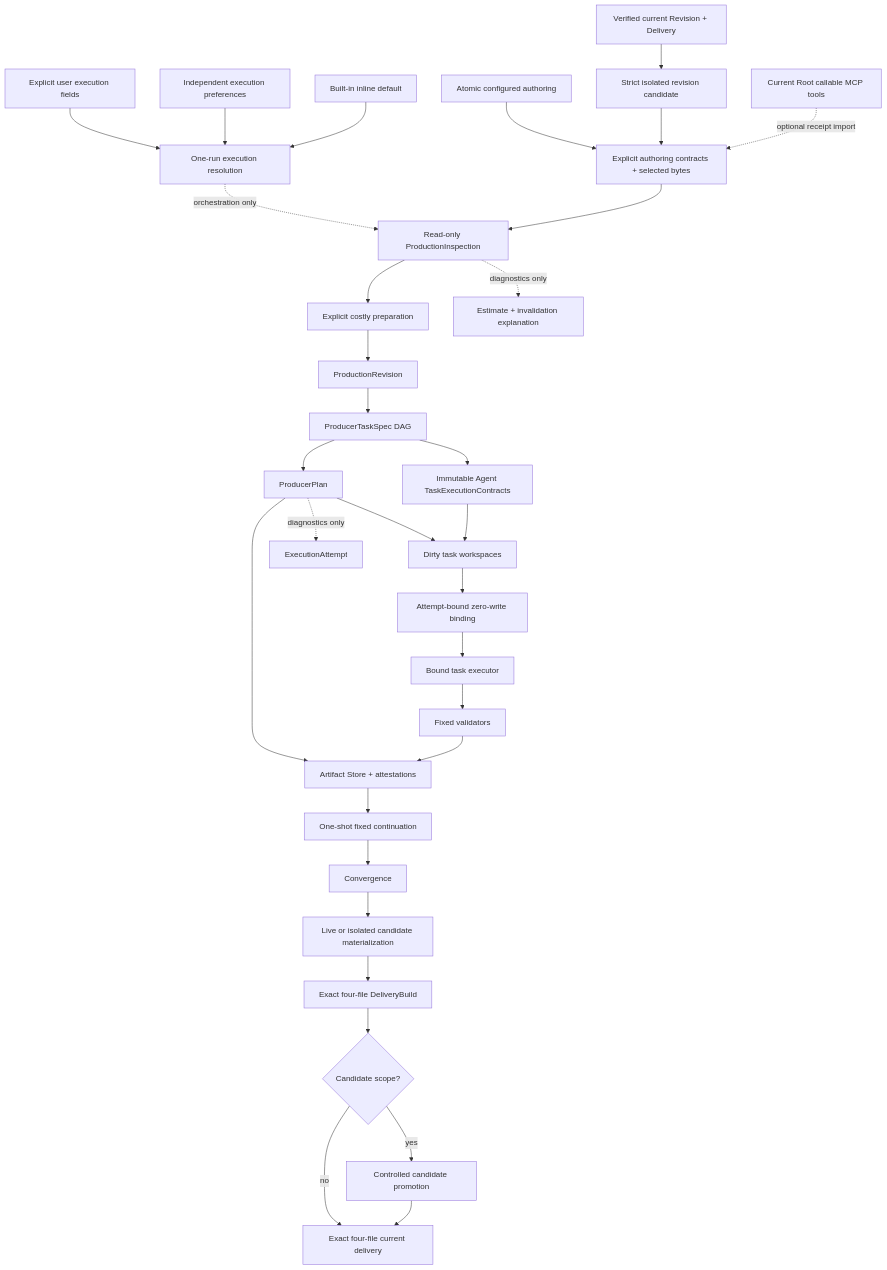
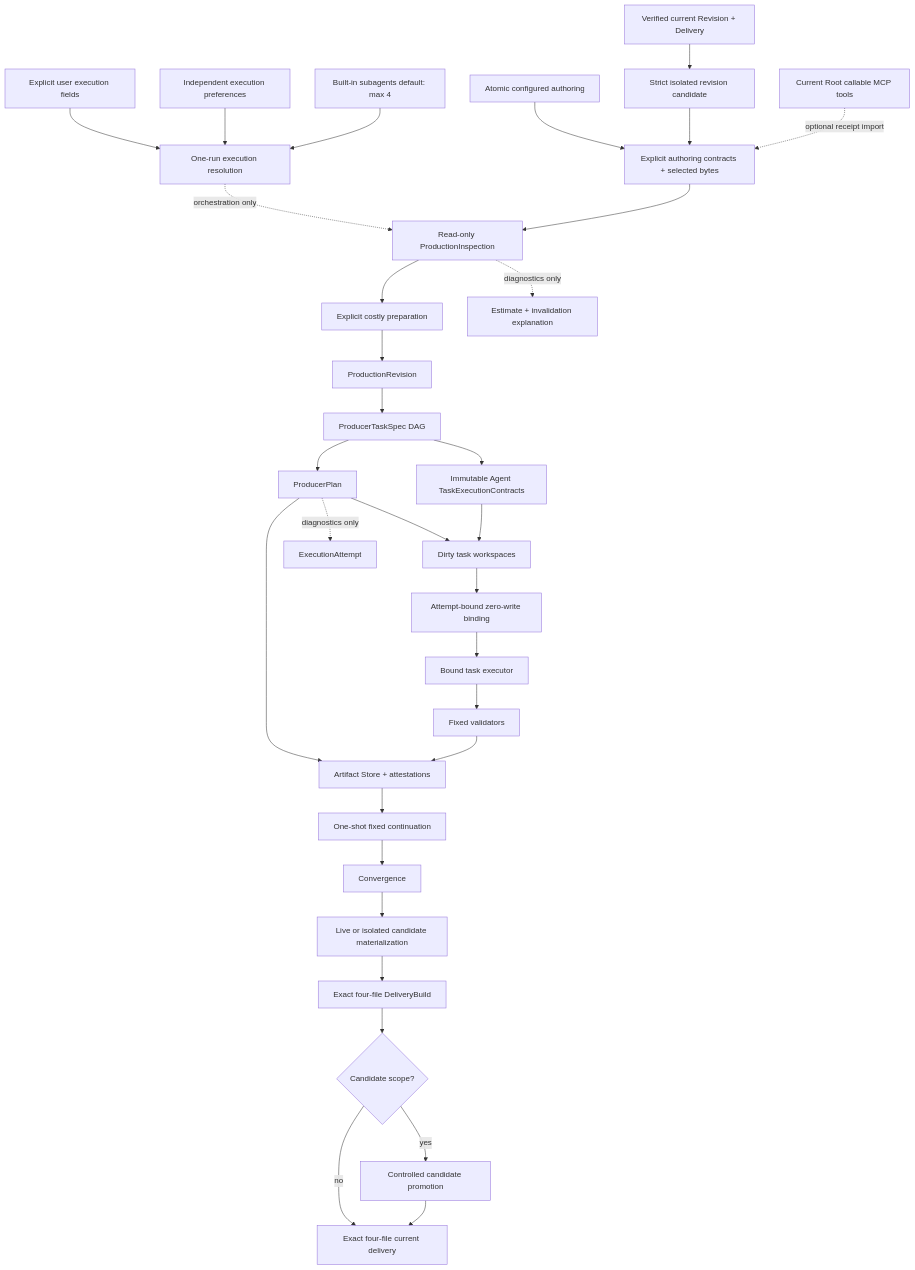
Before and after one commit to AXMORF/axmorf-studio: the diagram in docs/ARCHITECTURE.md, drawn with Mermaid. The commit also changed other lines of this file and 40 other files, not shown here.

Commit message:
fix: default video production to bounded native subagents

````diff
--- a/docs/ARCHITECTURE.md
+++ b/docs/ARCHITECTURE.md
@@ -52,34 +52,34 @@
 ```mermaid
 flowchart TD
   Create[Atomic configured authoring] --> Inputs[Explicit authoring contracts + selected bytes]
   Current[Verified current Revision + Delivery] --> Candidate[Strict isolated revision candidate]
   Candidate --> Inputs
   AgentTools[Current Root callable MCP tools] -. optional receipt import .-> Inputs
   Prompt[Explicit user execution fields] --> Execution[One-run execution resolution]
   Settings[Independent execution preferences] --> Execution
-  Builtin[Built-in inline default] --> Execution
+  Builtin[Built-in subagents default: max 4] --> Execution
   Execution -. orchestration only .-> Inspection
   Inputs --> Inspection[Read-only ProductionInspection]
   Inspection --> Prepare[Explicit costly preparation]
   Prepare --> Revision[ProductionRevision]
   Revision --> Tasks[ProducerTaskSpec DAG]
   Tasks --> Contracts[Immutable Agent TaskExecutionContracts]
   Tasks --> Plan[ProducerPlan]
   Plan --> Work[Dirty task workspaces]
   Contracts --> Work
   Plan --> Artifacts[Reused artifacts]
   Work --> Bind[Attempt-bound zero-write binding]
   Bind --> Executor[Bound task executor]
   Executor --> Validator[Fixed validators]
   Validator --> Artifacts[Artifact Store + attestations]
   Artifacts --> Continue[One-shot fixed continuation]
   Continue --> Converge[Convergence]
   Converge --> Scope[Live or isolated candidate materialization]
   Scope --> Delivery[Exact four-file DeliveryBuild]
   Delivery --> CandidateGate{Candidate scope?}
   CandidateGate -->|no| DeliveryCurrent[Exact four-file current delivery]
   CandidateGate -->|yes| Promote[Controlled candidate promotion]
   Promote --> DeliveryCurrent
   Inspection -. diagnostics only .-> Explanation[Estimate + invalidation explanation]
   Plan -. diagnostics only .-> Attempt[ExecutionAttempt]
 ```
````
